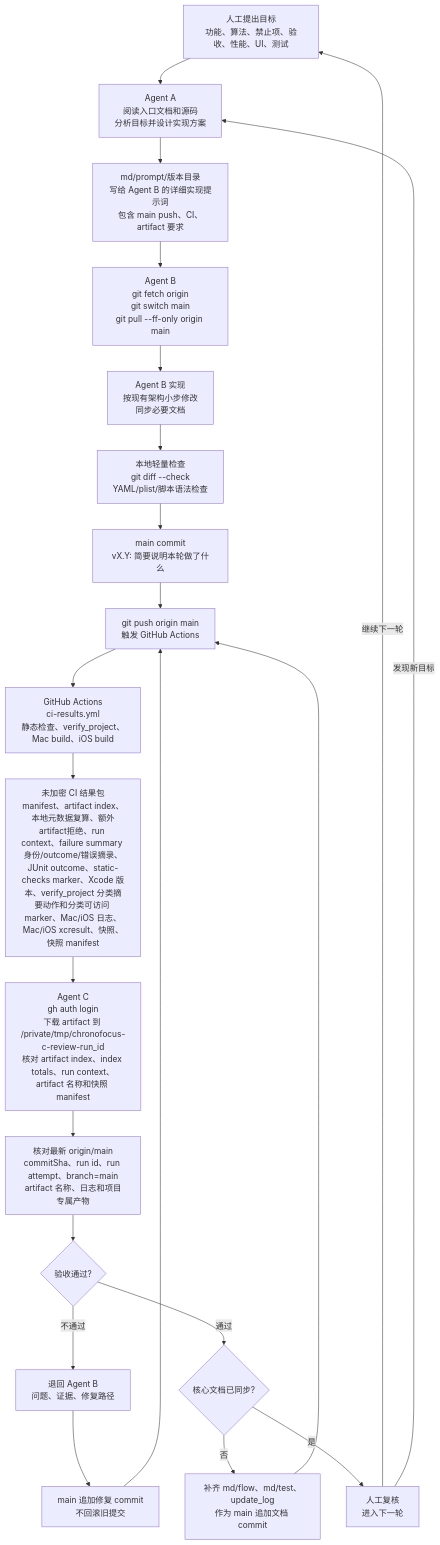
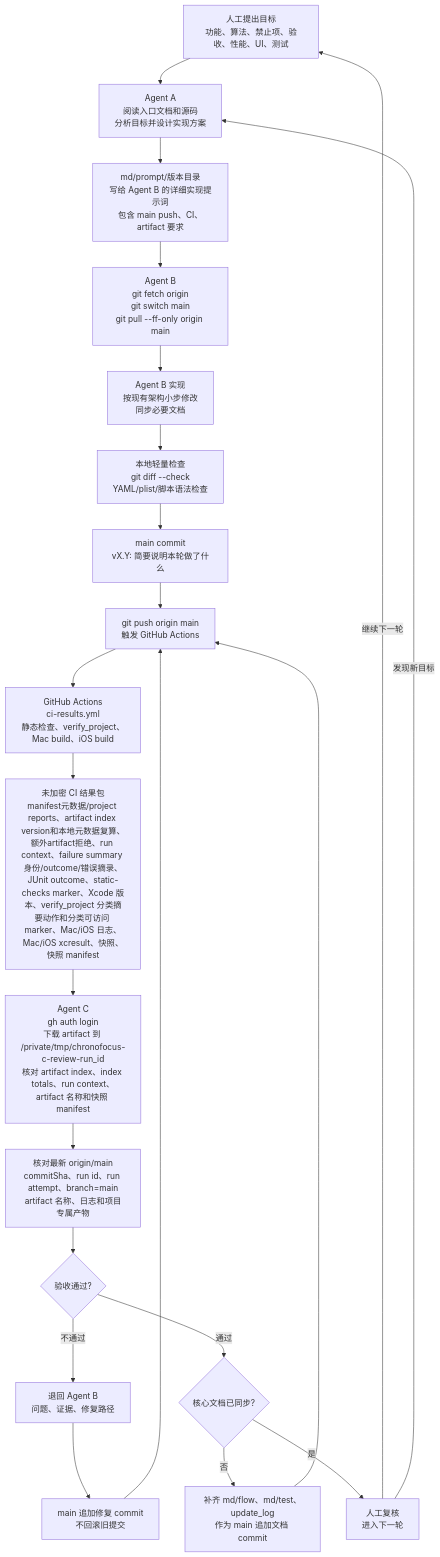
The fifth of 6 diagrams in md/flow/flowchart.md (Altman-sam114/114), drawn with Mermaid before and after one commit. The commit also changed other lines of this file and 7 other files, not shown here.

````diff
--- a/md/flow/flowchart.md
+++ b/md/flow/flowchart.md
@@ -102,24 +102,24 @@
 ```mermaid
 flowchart TD
   H["人工提出目标<br/>功能、算法、禁止项、验收、性能、UI、测试"] --> A["Agent A<br/>阅读入口文档和源码<br/>分析目标并设计实现方案"]
   A --> P["md/prompt/版本目录<br/>写给 Agent B 的详细实现提示词<br/>包含 main push、CI、artifact 要求"]
   P --> B0["Agent B<br/>git fetch origin<br/>git switch main<br/>git pull --ff-only origin main"]
   B0 --> B1["Agent B 实现<br/>按现有架构小步修改<br/>同步必要文档"]
   B1 --> L["本地轻量检查<br/>git diff --check<br/>YAML/plist/脚本语法检查"]
   L --> G["main commit<br/>vX.Y: 简要说明本轮做了什么"]
   G --> PUSH["git push origin main<br/>触发 GitHub Actions"]
   PUSH --> CI["GitHub Actions<br/>ci-results.yml<br/>静态检查、verify_project、Mac build、iOS build"]
-  CI --> ART["未加密 CI 结果包<br/>manifest、artifact index、本地元数据复算、额外artifact拒绝、run context、failure summary 身份/outcome/错误摘录、JUnit outcome、static-checks marker、Xcode 版本、verify_project 分类摘要动作和分类可访问 marker、Mac/iOS 日志、Mac/iOS xcresult、快照、快照 manifest"]
+  CI --> ART["未加密 CI 结果包<br/>manifest元数据/project reports、artifact index version和本地元数据复算、额外artifact拒绝、run context、failure summary 身份/outcome/错误摘录、JUnit outcome、static-checks marker、Xcode 版本、verify_project 分类摘要动作和分类可访问 marker、Mac/iOS 日志、Mac/iOS xcresult、快照、快照 manifest"]
   ART --> C["Agent C<br/>gh auth login<br/>下载 artifact 到 /private/tmp/chronofocus-c-review-run_id<br/>核对 artifact index、index totals、run context、artifact 名称和快照 manifest"]
   C --> V["核对最新 origin/main<br/>commitSha、run id、run attempt、branch=main<br/>artifact 名称、日志和项目专属产物"]
   V --> PASS{"验收通过?"}
   PASS -->|不通过| BACK["退回 Agent B<br/>问题、证据、修复路径"]
   BACK --> FIX["main 追加修复 commit<br/>不回滚旧提交"]
   FIX --> PUSH
   PASS -->|通过| DOC{"核心文档已同步?"}
   DOC -->|否| D["补齐 md/flow、md/test、update_log<br/>作为 main 追加文档 commit"]
   D --> PUSH
   DOC -->|是| J["人工复核<br/>进入下一轮"]
   J -->|继续下一轮| H
   J -->|发现新目标| A
 ```
````
